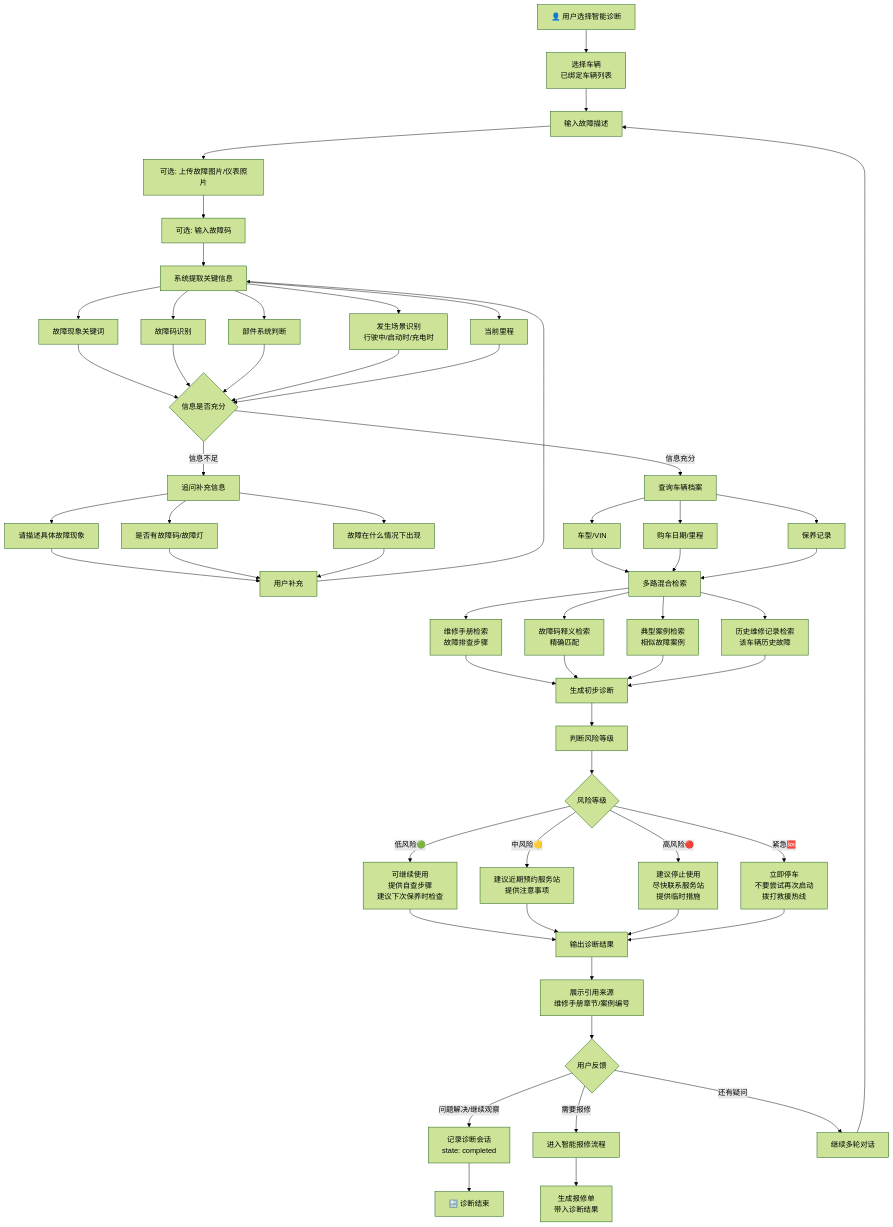
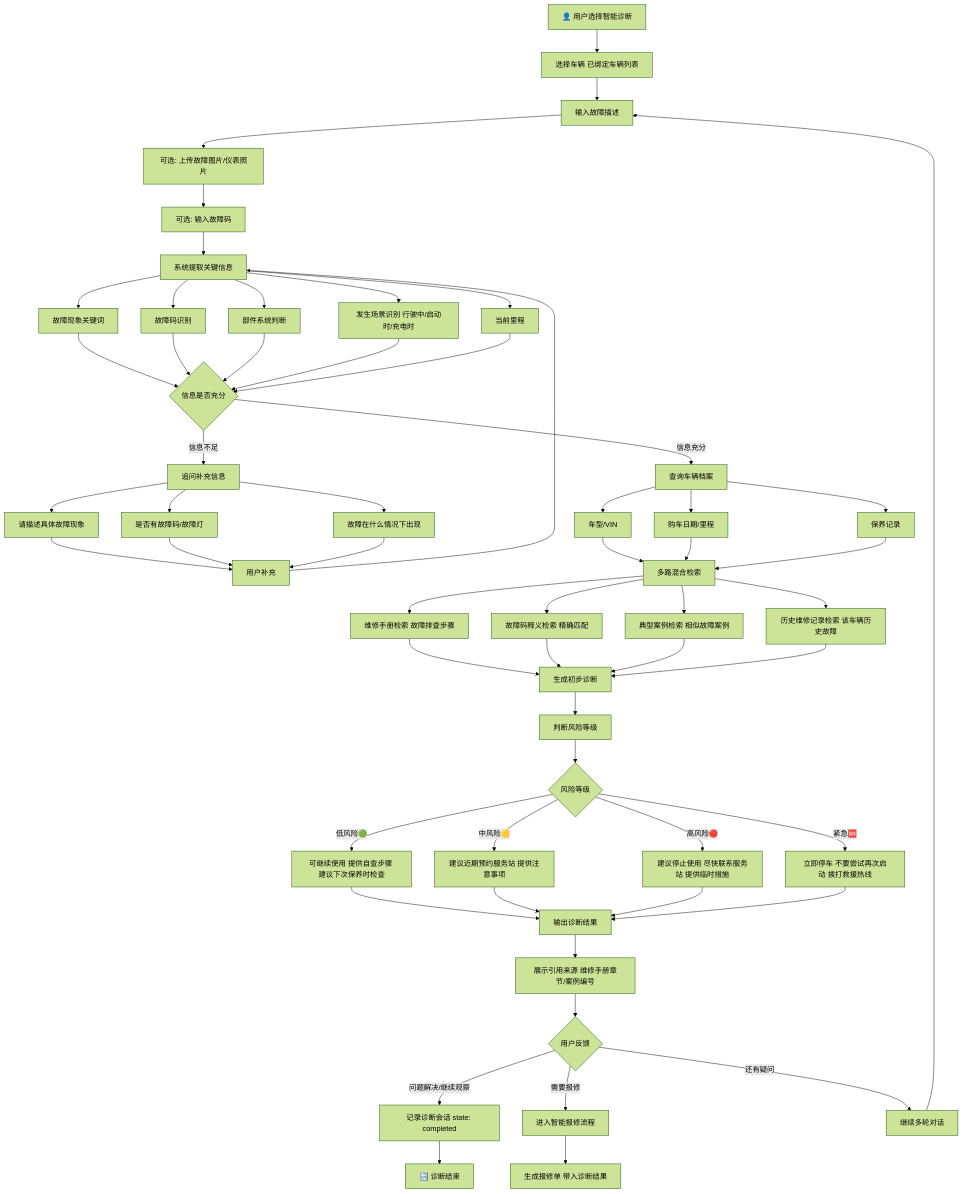
One commit to evanwusibin/auto-carcrm changed the diagram in flows/03_业务流程/05_智能诊断流程.md. Above: the diagram before and after it, drawn with Mermaid (forest theme). The commit also changed 13 other files, not shown here.

First line of the commit message:
feat: 五项优化 - 登录页轮播+排版/Mermaid修复/检索页流式开关/页面设计文档/DB更新v1.2

````diff
--- a/flows/03_业务流程/05_智能诊断流程.md
+++ b/flows/03_业务流程/05_智能诊断流程.md
@@ -11,72 +11,72 @@
 ```mermaid
 flowchart TD
-    A[👤 用户选择智能诊断] --> B[选择车辆<br/>已绑定车辆列表]
+    A[👤 用户选择智能诊断] --> B[选择车辆 已绑定车辆列表]
     B --> C[输入故障描述]
     C --> D[可选: 上传故障图片/仪表照片]
     D --> E[可选: 输入故障码]
 
     E --> F[系统提取关键信息]
     F --> F1[故障现象关键词]
     F --> F2[故障码识别]
     F --> F3[部件系统判断]
-    F --> F4[发生场景识别<br/>行驶中/启动时/充电时]
+    F --> F4[发生场景识别 行驶中/启动时/充电时]
     F --> F5[当前里程]
 
     F1 --> G{信息是否充分}
     F2 --> G
     F3 --> G
     F4 --> G
     F5 --> G
 
     G -- 信息不足 --> H[追问补充信息]
     H --> H1[请描述具体故障现象]
     H --> H2[是否有故障码/故障灯]
     H --> H3[故障在什么情况下出现]
     H1 --> I[用户补充]
     H2 --> I
     H3 --> I
     I --> F
 
     G -- 信息充分 --> J[查询车辆档案]
     J --> J1[车型/VIN]
     J --> J2[购车日期/里程]
     J --> J3[保养记录]
 
     J1 --> K[多路混合检索]
     J2 --> K
     J3 --> K
 
-    K --> K1[维修手册检索<br/>故障排查步骤]
-    K --> K2[故障码释义检索<br/>精确匹配]
-    K --> K3[典型案例检索<br/>相似故障案例]
-    K --> K4[历史维修记录检索<br/>该车辆历史故障]
+    K --> K1[维修手册检索 故障排查步骤]
+    K --> K2[故障码释义检索 精确匹配]
+    K --> K3[典型案例检索 相似故障案例]
+    K --> K4[历史维修记录检索 该车辆历史故障]
 
     K1 --> L[生成初步诊断]
     K2 --> L
     K3 --> L
     K4 --> L
 
     L --> M[判断风险等级]
 
     M --> N{风险等级}
-    N -- 低风险🟢 --> O1[可继续使用<br/>提供自查步骤<br/>建议下次保养时检查]
-    N -- 中风险🟡 --> O2[建议近期预约服务站<br/>提供注意事项]
-    N -- 高风险🔴 --> O3[建议停止使用<br/>尽快联系服务站<br/>提供临时措施]
-    N -- 紧急🆘 --> O4[立即停车<br/>不要尝试再次启动<br/>拨打救援热线]
+    N -- 低风险🟢 --> O1[可继续使用 提供自查步骤 建议下次保养时检查]
+    N -- 中风险🟡 --> O2[建议近期预约服务站 提供注意事项]
+    N -- 高风险🔴 --> O3[建议停止使用 尽快联系服务站 提供临时措施]
+    N -- 紧急🆘 --> O4[立即停车 不要尝试再次启动 拨打救援热线]
 
     O1 --> P[输出诊断结果]
     O2 --> P
     O3 --> P
     O4 --> P
 
-    P --> Q[展示引用来源<br/>维修手册章节/案例编号]
+    P --> Q[展示引用来源 维修手册章节/案例编号]
 
     Q --> R{用户反馈}
-    R -- 问题解决/继续观察 --> S[记录诊断会话<br/>state: completed]
+    R -- 问题解决/继续观察 --> S[记录诊断会话 state: completed]
     R -- 需要报修 --> T[进入智能报修流程]
     R -- 还有疑问 --> U[继续多轮对话]
 
     U --> C
-    T --> V[生成报修单<br/>带入诊断结果]
+    T --> V[生成报修单 带入诊断结果]
     S --> W[🔚 诊断结束]
 ```
````
